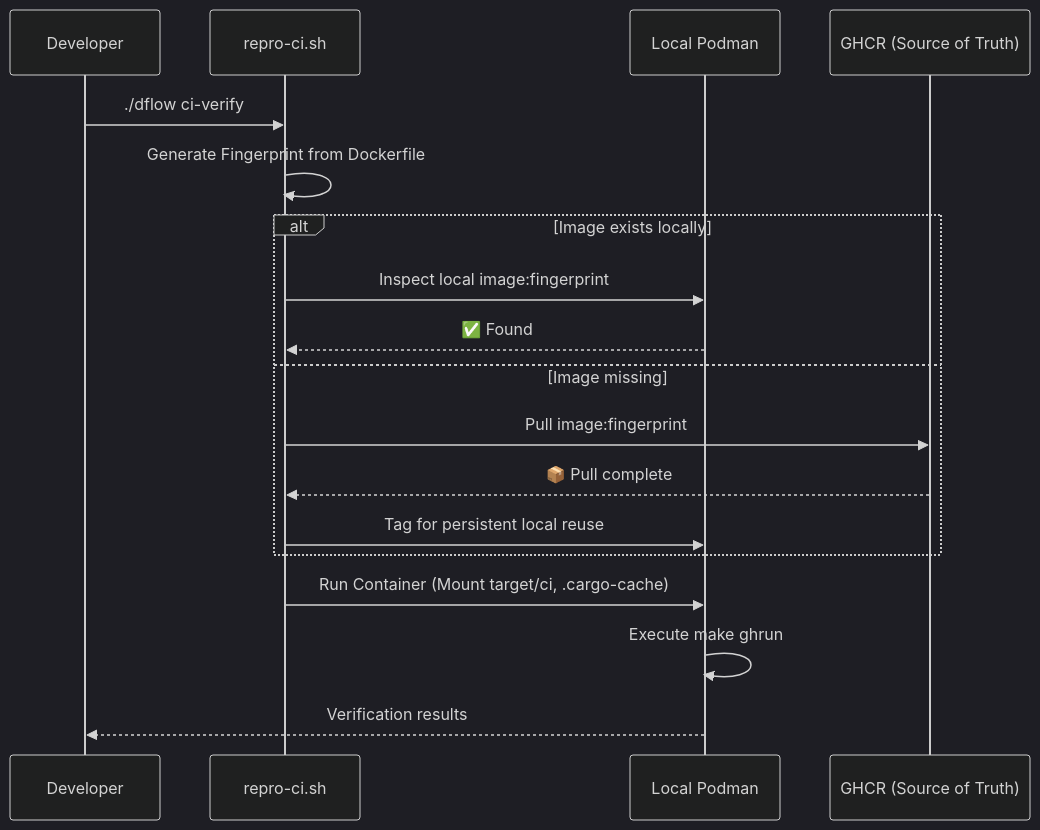
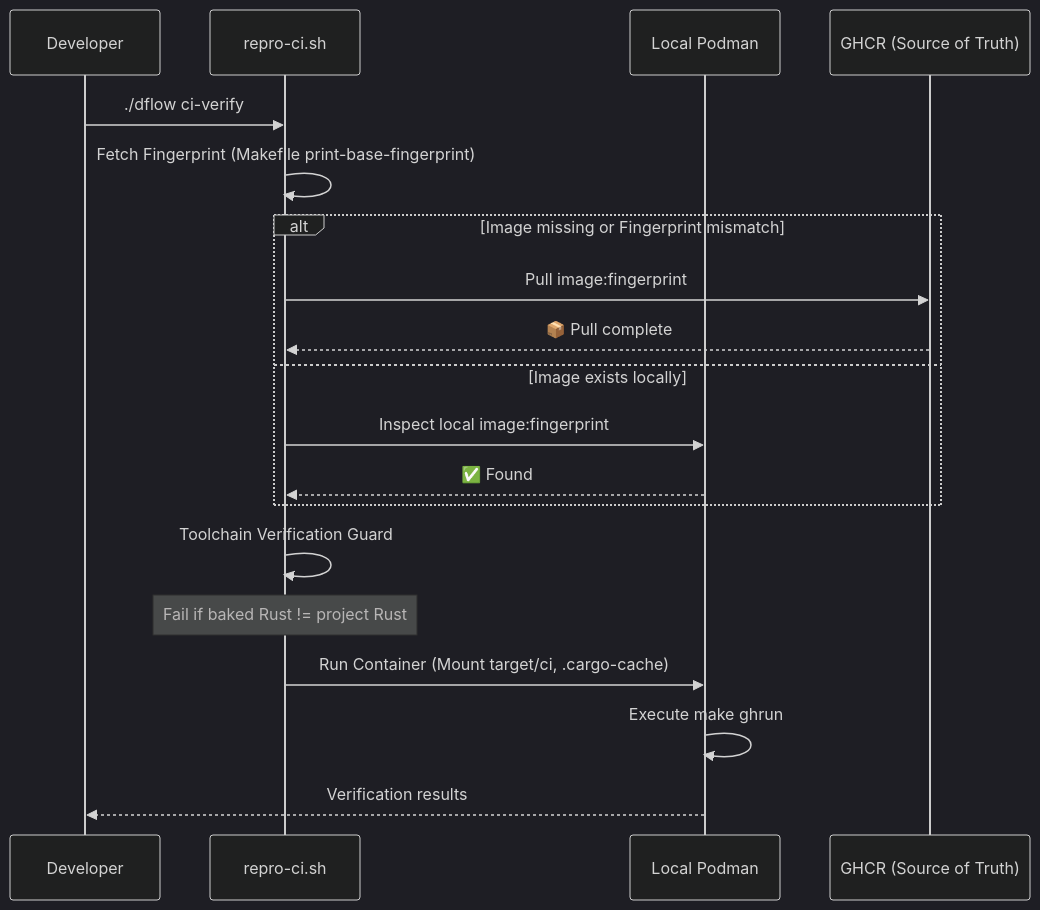
The second of 2 diagrams in docs/developer-guide/04-infrastructure/automation.md (softmentor/kroki-rs), drawn with Mermaid (dark theme) before and after one commit. The commit also changed other lines of this file and 2 other files, not shown here.

Commit message:
docs: update infrastructure documentation with toolchain parity and trigger hardening

````diff
--- a/docs/developer-guide/04-infrastructure/automation.md
+++ b/docs/developer-guide/04-infrastructure/automation.md
@@ -50,23 +50,25 @@
 ```mermaid
 sequenceDiagram
     participant Dev as Developer
     participant Script as repro-ci.sh
     participant Podman as Local Podman
     participant Registry as GHCR (Source of Truth)
 
     Dev->>Script: ./dflow ci-verify
-    Script->>Script: Generate Fingerprint from Dockerfile
+    Script->>Script: Fetch Fingerprint (Makefile print-base-fingerprint)
     
-    alt Image exists locally
+    alt Image missing or Fingerprint mismatch
+        Script->>Registry: Pull image:fingerprint
+        Registry-->>Script: 📦 Pull complete
+    else Image exists locally
         Script->>Podman: Inspect local image:fingerprint
         Podman-->>Script: ✅ Found
-    else Image missing
-        Script->>Registry: Pull image:fingerprint
-        Registry-->>Script: 📦 Pull complete
-        Script->>Podman: Tag for persistent local reuse
     end
+    
+    Script->>Script: Toolchain Verification Guard
+    Note over Script: Fail if baked Rust != project Rust
     
     Script->>Podman: Run Container (Mount target/ci, .cargo-cache)
     Podman->>Podman: Execute make ghrun
     Podman-->>Dev: Verification results
 ```
````
